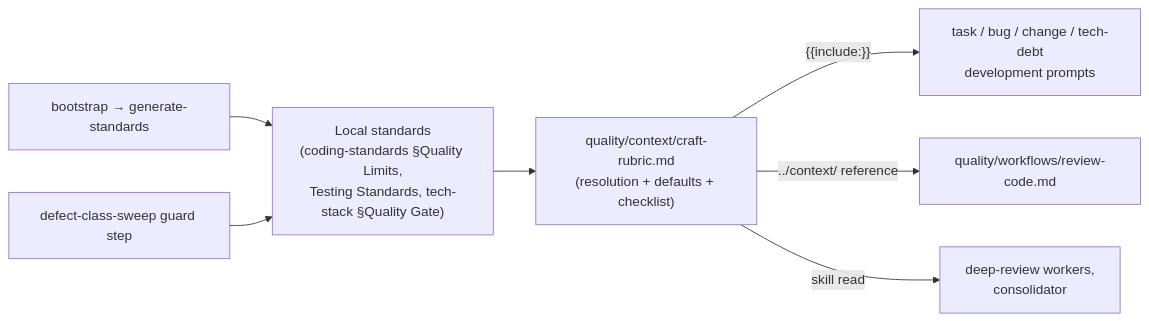
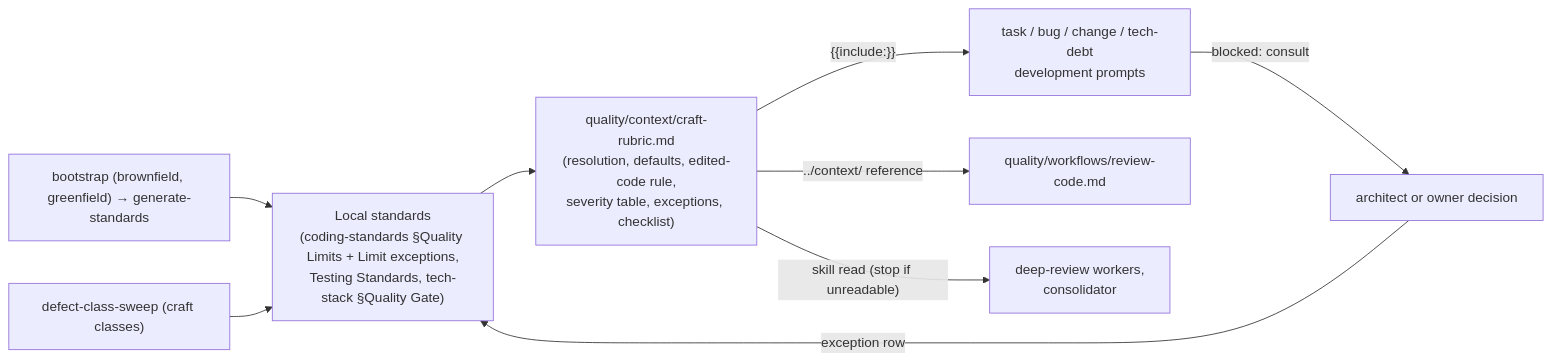
Before and after one commit to jwwelbor/shark-task-manager: the second of 2 diagrams in docs/plan/E31-claude-workflow-optimization/E31-F01-shift-quality-left-into-development/spec.md, drawn with Mermaid. The commit also changed other lines of this file, not shown here.

First line of the commit message:
docs(E31-F01): respecify with edited-code rule and round-1 review fixes

````diff
--- a/docs/plan/E31-claude-workflow-optimization/E31-F01-shift-quality-left-into-development/spec.md
+++ b/docs/plan/E31-claude-workflow-optimization/E31-F01-shift-quality-left-into-development/spec.md
@@ -234,9 +399,11 @@
 ```mermaid
 flowchart LR
-  STD["Local standards\n(coding-standards §Quality Limits,\nTesting Standards, tech-stack §Quality Gate)"] --> CR["quality/context/craft-rubric.md\n(resolution + defaults + checklist)"]
+  STD["Local standards\n(coding-standards §Quality Limits + Limit exceptions,\nTesting Standards, tech-stack §Quality Gate)"] --> CR["quality/context/craft-rubric.md\n(resolution, defaults, edited-code rule,\nseverity table, exceptions, checklist)"]
   CR -->|"{{include:}}"| DEV["task / bug / change / tech-debt\ndevelopment prompts"]
   CR -->|"../context/ reference"| RC["quality/workflows/review-code.md"]
-  CR -->|"skill read"| DR["deep-review workers,\nconsolidator"]
-  BOOT["bootstrap → generate-standards"] --> STD
-  SWEEP["defect-class-sweep guard step"] --> STD
+  CR -->|"skill read (stop if unreadable)"| DR["deep-review workers,\nconsolidator"]
+  BOOT["bootstrap (brownfield, greenfield) → generate-standards"] --> STD
+  SWEEP["defect-class-sweep (craft classes)"] --> STD
+  ARCH["architect or owner decision"] -->|"exception row"| STD
+  DEV -->|"blocked: consult"| ARCH
 ```
````
